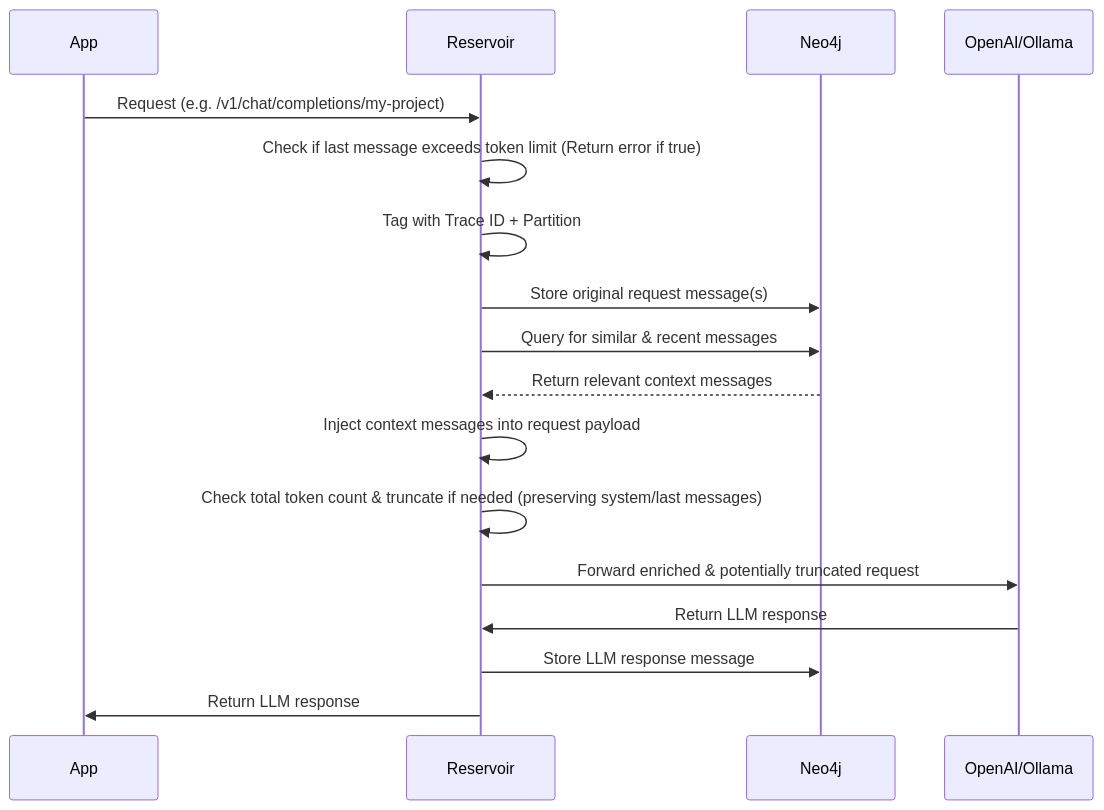
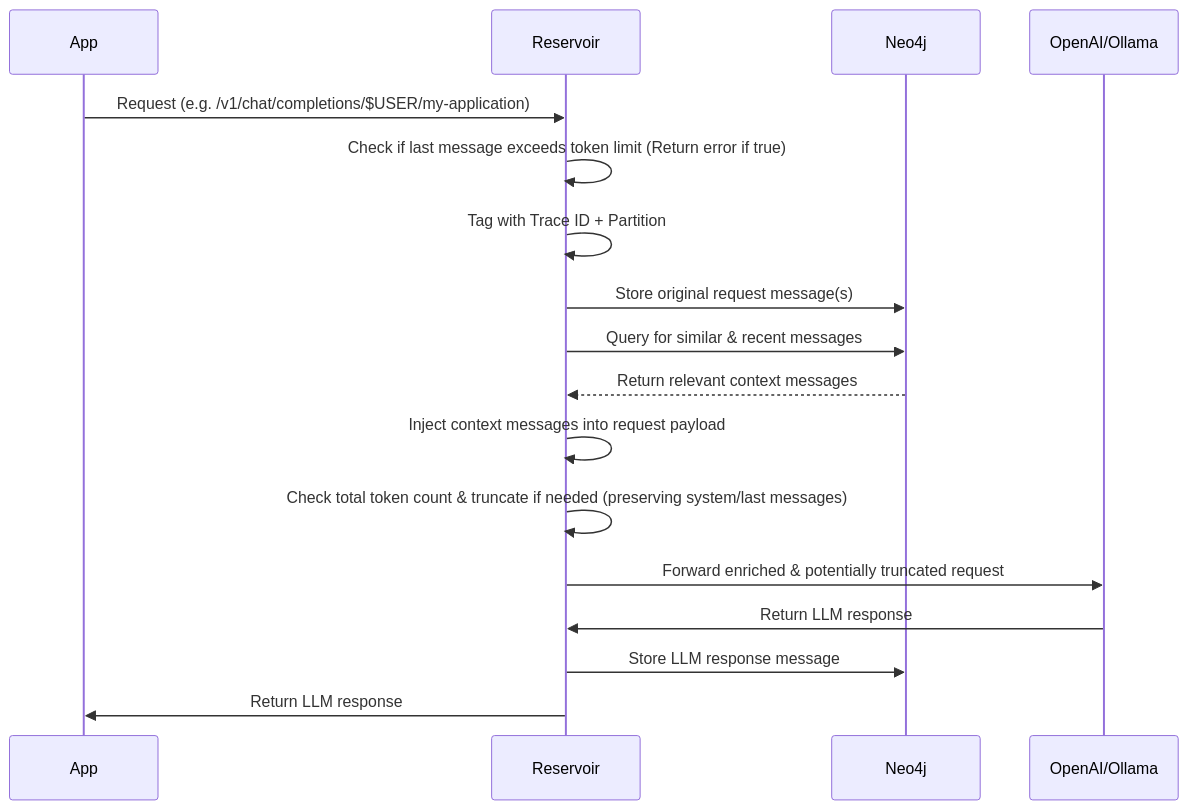
The diagram in README.md (divanvisagie/reservoir), drawn with Mermaid before and after one commit. The commit also changed other lines of this file and 7 other files, not shown here.

Commit message:
feat: Update documentation with API usage, architecture overview, data model, deployment steps, development setup, FAQ, and features

````diff
--- a/README.md
+++ b/README.md
@@ -24,25 +15,25 @@
 ```mermaid
 sequenceDiagram
     participant App
     participant Reservoir
     participant Neo4j
     participant LLM as OpenAI/Ollama
 
-    App->>Reservoir: Request (e.g. /v1/chat/completions/my-project)
+    App->>Reservoir: Request (e.g. /v1/chat/completions/$USER/my-application)
     Reservoir->>Reservoir: Check if last message exceeds token limit (Return error if true)
     Reservoir->>Reservoir: Tag with Trace ID + Partition
     Reservoir->>Neo4j: Store original request message(s)
 
     %% --- Context Enrichment Steps ---
     Reservoir->>Neo4j: Query for similar & recent messages
     Neo4j-->>Reservoir: Return relevant context messages
     Reservoir->>Reservoir: Inject context messages into request payload
     %% --- End Enrichment Steps ---
 
     Reservoir->>Reservoir: Check total token count & truncate if needed (preserving system/last messages)
 
     Reservoir->>LLM: Forward enriched & potentially truncated request
     LLM->>Reservoir: Return LLM response
     Reservoir->>Neo4j: Store LLM response message
     Reservoir->>App: Return LLM response
 ```
````
